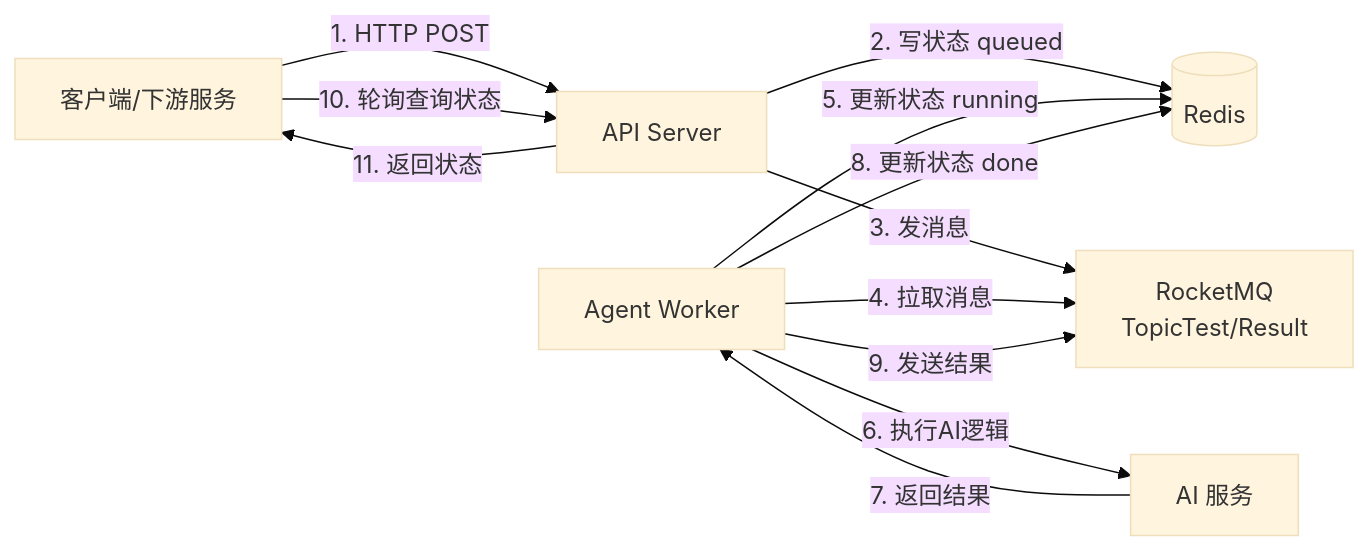
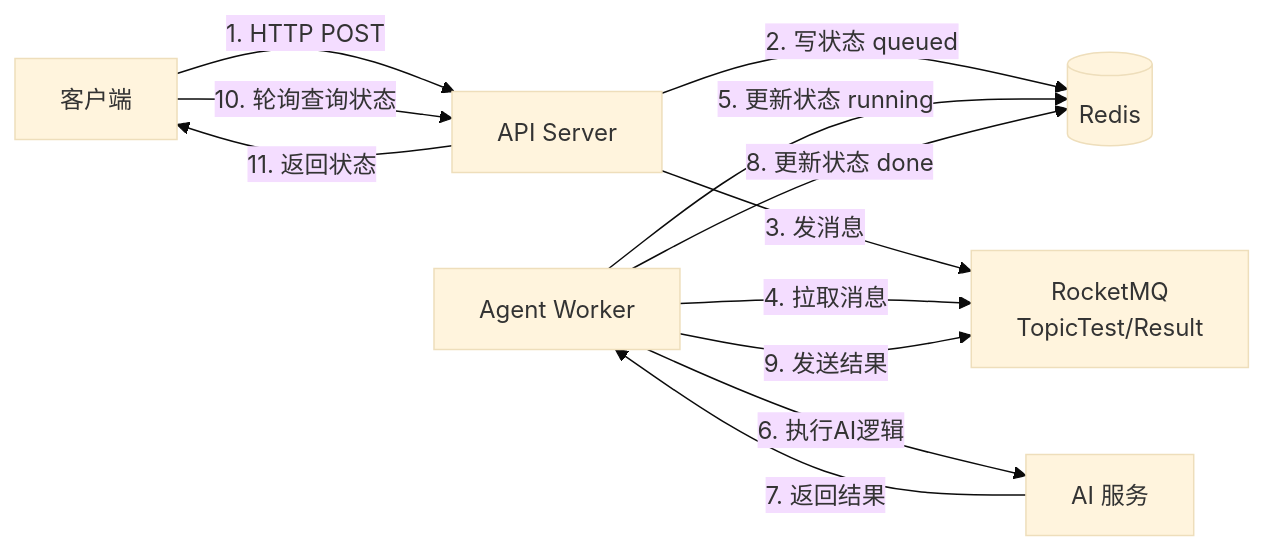
Before and after one commit to refreshing-wind/agent_prod: the diagram in README.md, drawn with Mermaid (base theme).

Commit message:
fix:修复readme流程图问题

````diff
--- a/README.md
+++ b/README.md
@@ -194,14 +194,14 @@
 ```mermaid
 graph LR
-    A[客户端/下游服务] -->|1. HTTP POST| B[API Server]
+    A[客户端] -->|1. HTTP POST| B[API Server]
     B -->|2. 写状态 queued| C[(Redis)]
     B -->|3. 发消息| D[RocketMQ<br/>TopicTest/Result]
     E[Agent Worker] -->|4. 拉取消息| D
     E -->|5. 更新状态 running| C
     E -->|6. 执行AI逻辑| F[AI 服务]
     F -->|7. 返回结果| E
     E -->|8. 更新状态 done| C
     E -->|9. 发送结果| D
     A -->|10. 轮询查询状态| B
     B -->|11. 返回状态| A
 ```
````
